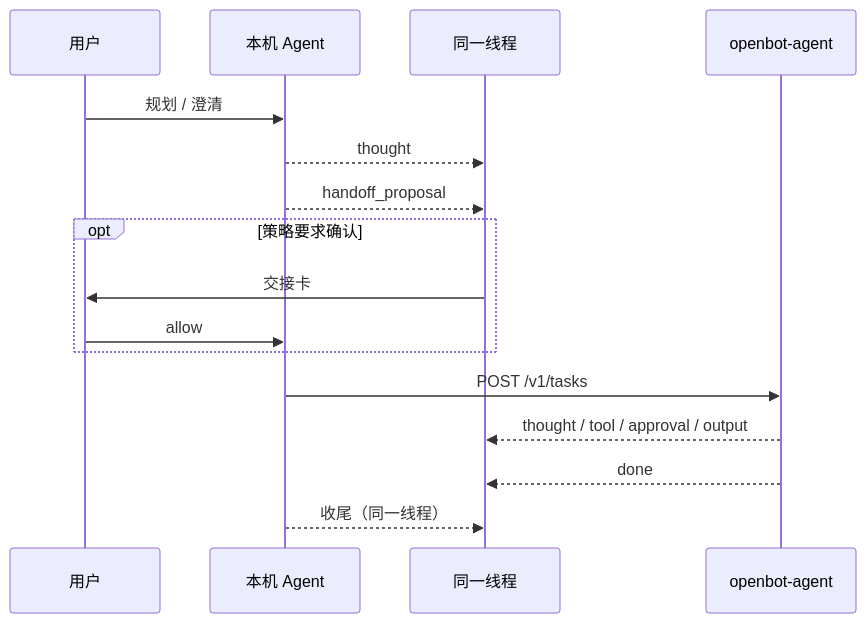
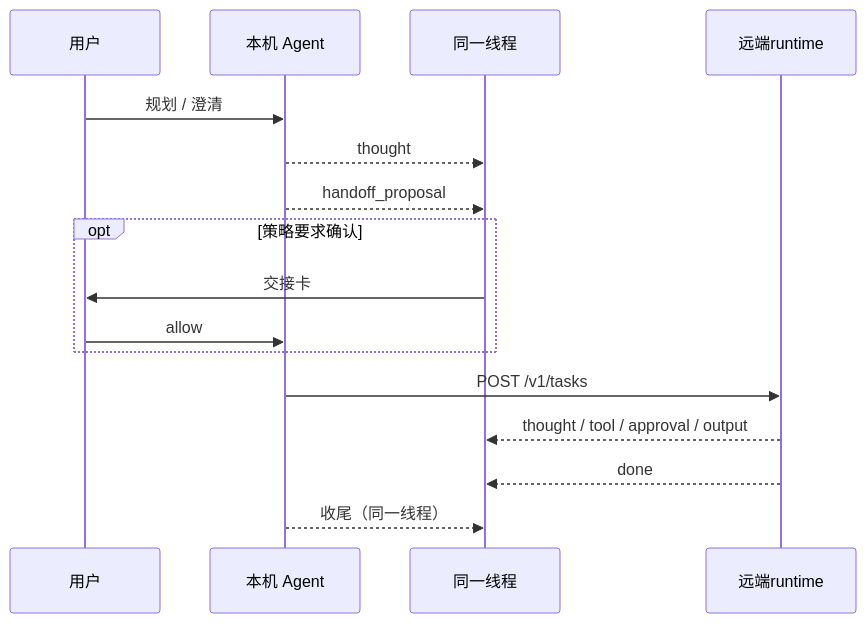
The fourth of 4 diagrams in docs/openbot-mvp/03-architecture/architecture.md (BiuBiuHu/OpenBot), drawn with Mermaid before and after one commit. The commit also changed other lines of this file and 13 other files, not shown here.

````diff
--- a/docs/openbot-mvp/03-architecture/architecture.md
+++ b/docs/openbot-mvp/03-architecture/architecture.md
@@ -263,18 +267,18 @@
 ```mermaid
 sequenceDiagram
   participant U as 用户
   participant L as 本机 Agent
   participant UI as 同一线程
-  participant R as openbot-agent
+  participant R as 远端runtime
   U->>L: 规划 / 澄清
   L-->>UI: thought
   L-->>UI: handoff_proposal
   opt 策略要求确认
     UI->>U: 交接卡
     U->>L: allow
   end
   L->>R: POST /v1/tasks
   R-->>UI: thought / tool / approval / output
   R-->>UI: done
   L-->>UI: 收尾（同一线程）
 ```
````
